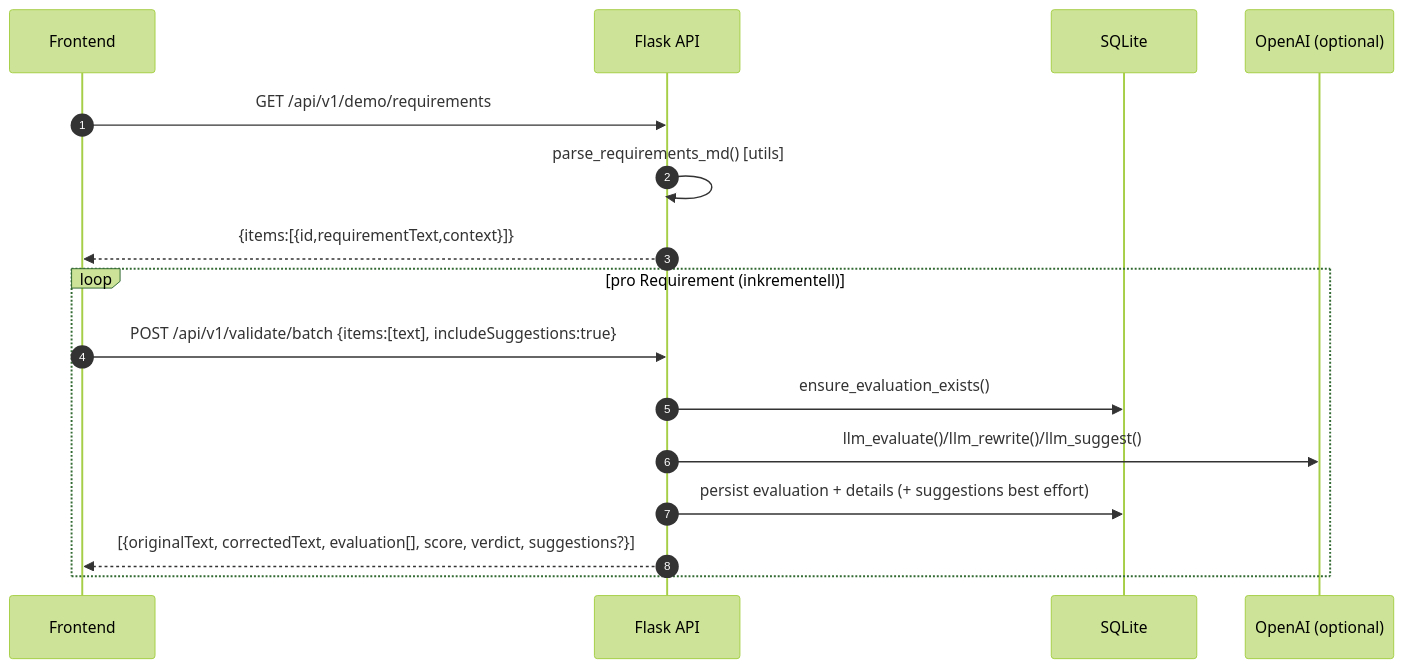
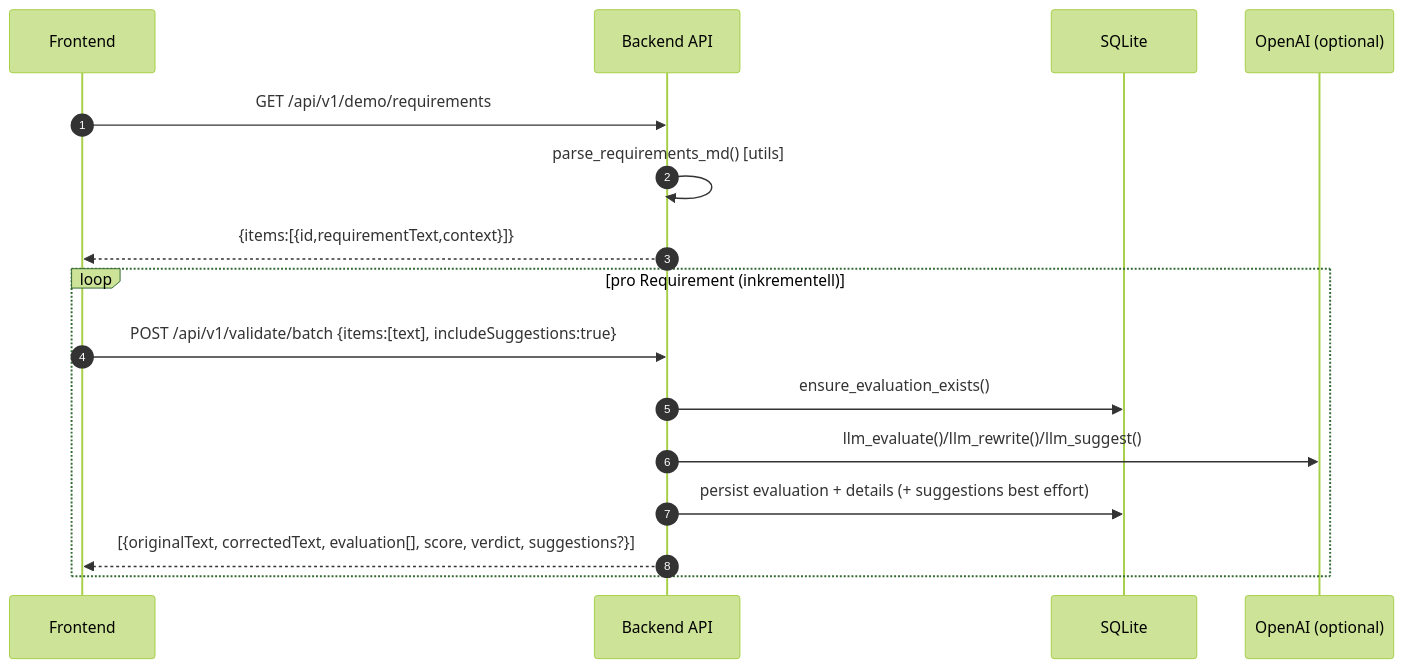
One commit to Flissel/-req-orchestrator changed the first of 15 diagrams in docs/architecture/SYSTEM_OVERVIEW.md. Above: the diagram before and after it, drawn with Mermaid (forest theme). The commit also changed other lines of this file and 128 other files, not shown here.

````diff
--- a/docs/architecture/SYSTEM_OVERVIEW.md
+++ b/docs/architecture/SYSTEM_OVERVIEW.md
@@ -106,20 +221,20 @@
 ```mermaid
 sequenceDiagram
   autonumber
   participant UI as Frontend
-  participant API as Flask API
+  participant API as Backend API
   participant DB as SQLite
   participant LLM as OpenAI (optional)
 
   UI->>API: GET /api/v1/demo/requirements
   API->>API: parse_requirements_md() [utils]
   API-->>UI: {items:[{id,requirementText,context}]}
 
   loop pro Requirement (inkrementell)
     UI->>API: POST /api/v1/validate/batch {items:[text], includeSuggestions:true}
     API->>DB: ensure_evaluation_exists()
     API->>LLM: llm_evaluate()/llm_rewrite()/llm_suggest()
     API->>DB: persist evaluation + details (+ suggestions best effort)
     API-->>UI: [{originalText, correctedText, evaluation[], score, verdict, suggestions?}]
   end
 ```
````
